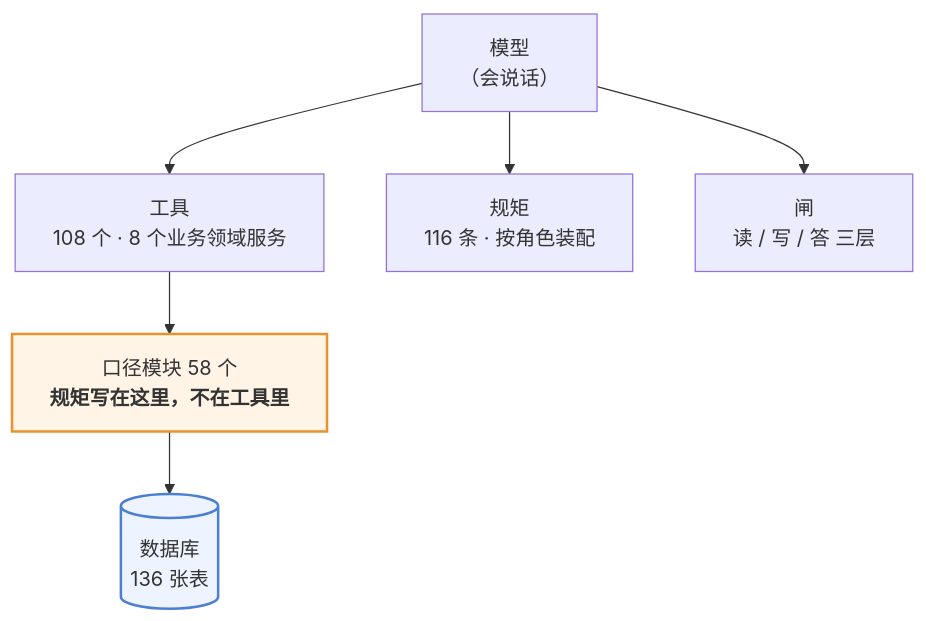
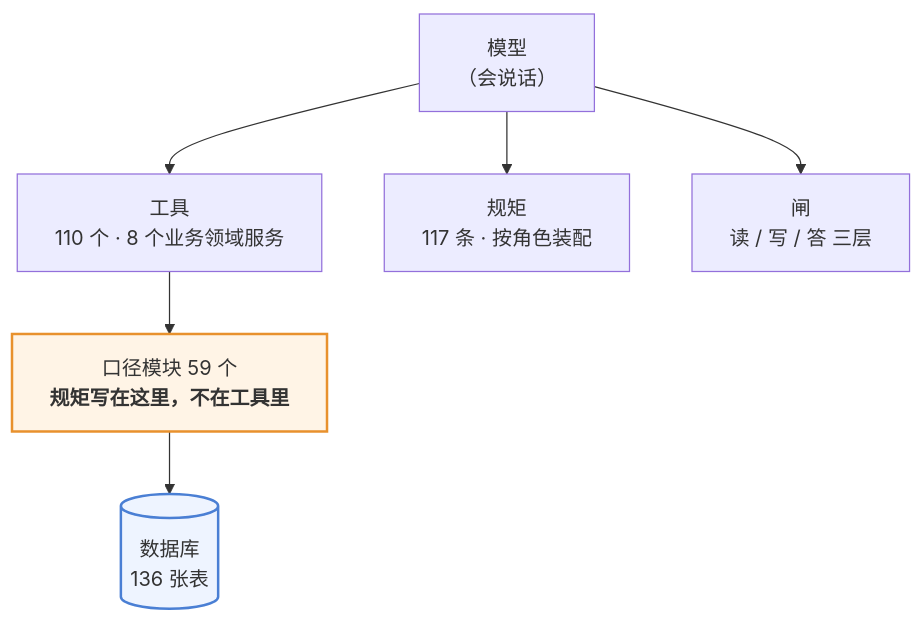
The first of 3 diagrams in 澜绣云裳agent-产品说明.md (843773296-rgb/lanxiu-yunshang-agent), drawn with Mermaid before and after one commit. The commit also changed other lines of this file and 21 other files, not shown here.

````diff
--- a/澜绣云裳agent-产品说明.md
+++ b/澜绣云裳agent-产品说明.md
@@ -62,12 +62,12 @@
 ```mermaid
 flowchart TD
     M["模型<br/>（会说话）"]
-    M --> T["工具<br/>108 个 · 8 个业务领域服务"]
-    M --> R["规矩<br/>116 条 · 按角色装配"]
+    M --> T["工具<br/>110 个 · 8 个业务领域服务"]
+    M --> R["规矩<br/>117 条 · 按角色装配"]
     M --> G["闸<br/>读 / 写 / 答 三层"]
-    T --> K["口径模块 58 个<br/><b>规矩写在这里，不在工具里</b>"]
+    T --> K["口径模块 59 个<br/><b>规矩写在这里，不在工具里</b>"]
     K --> DB[("数据库<br/>136 张表")]
 
     style K fill:#fff4e6,stroke:#e8912d,stroke-width:2px
     style DB fill:#eef4ff,stroke:#4a7fd4,stroke-width:2px
 ```
````
